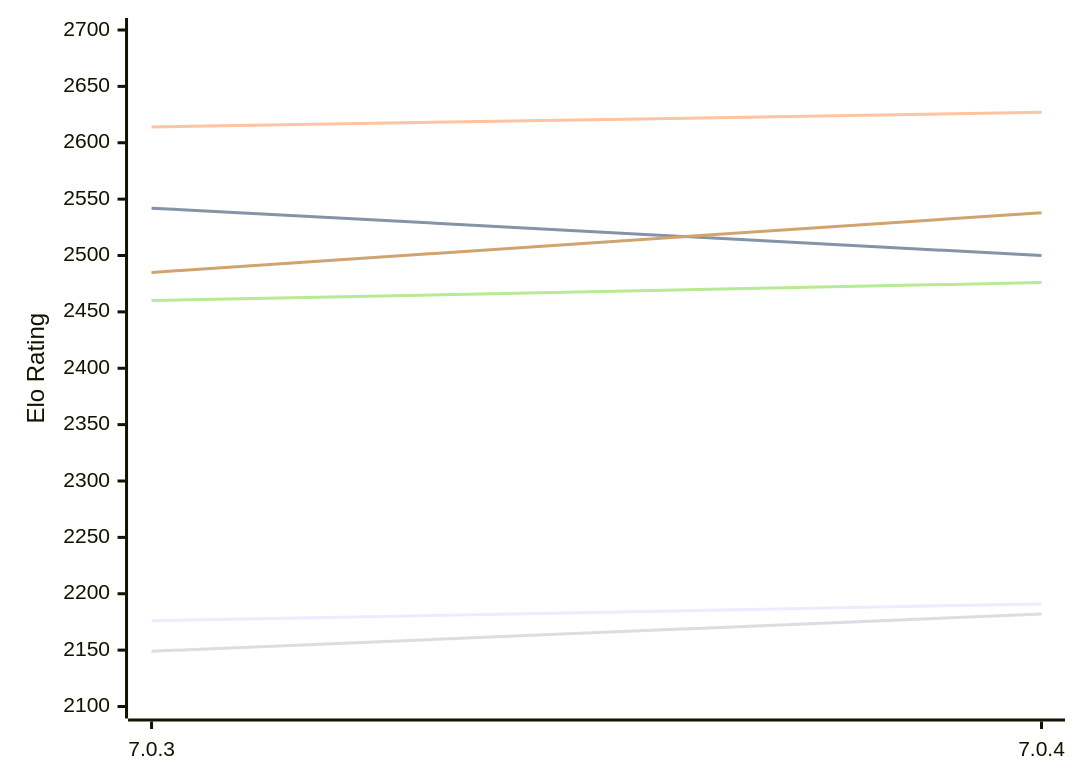
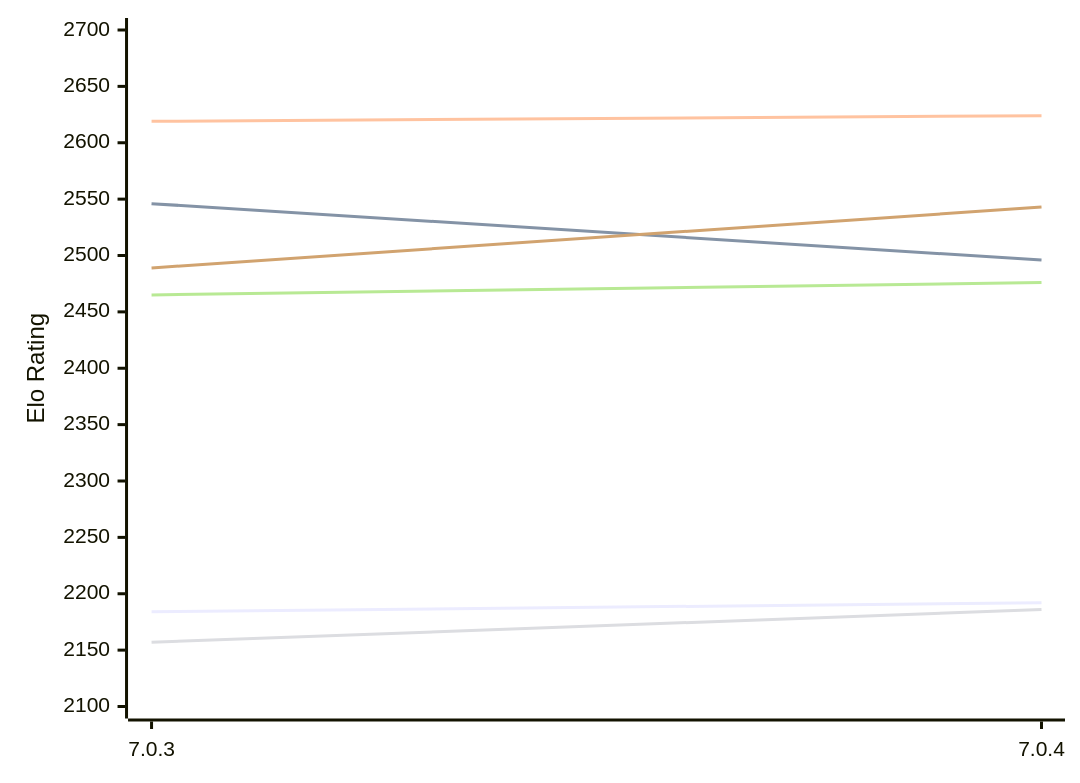
One commit to computer-chess-index/cci changed the diagram in engines/Buster.md. Above: the diagram before and after it, drawn with Mermaid. The commit also changed other lines of this file, not shown here.

Commit message:
Update CCI Ratings (ELO VLTC) - 2026-11-17

````diff
--- a/engines/Buster.md
+++ b/engines/Buster.md
@@ -49,12 +49,12 @@
 ```mermaid
 %%{init: {"theme":"base","themeVariables":{"seriesColors:['#a3a3a3','#222221','#faa371']}}}%%
 xychart-beta
   x-axis ["7.0.3", "7.0.4"]
   y-axis "Elo Rating" 2100 --> 2700
-  line "E1: STC (8.0+0.08s)" [2176, 2191]
-  line "E1: LTC (60.0+0.60s)" [2542, 2500]
-  line "E1: VLTC (2m24s+1.12s)" [2614, 2627]
-  line "P1: STC (8.0+0.08s)" [2149, 2182]
-  line "P1: LTC (60.0+0.60s)" [2460, 2476]
-  line "P1: VLTC (2m24s+1.12s)" [2485, 2538]
+  line "E1: STC (8.0+0.08s)" [2184, 2192]
+  line "E1: LTC (60.0+0.60s)" [2546, 2496]
+  line "E1: VLTC (2m24s+1.12s)" [2619, 2624]
+  line "P1: STC (8.0+0.08s)" [2157, 2186]
+  line "P1: LTC (60.0+0.60s)" [2465, 2476]
+  line "P1: VLTC (2m24s+1.12s)" [2489, 2543]
 ```
````
